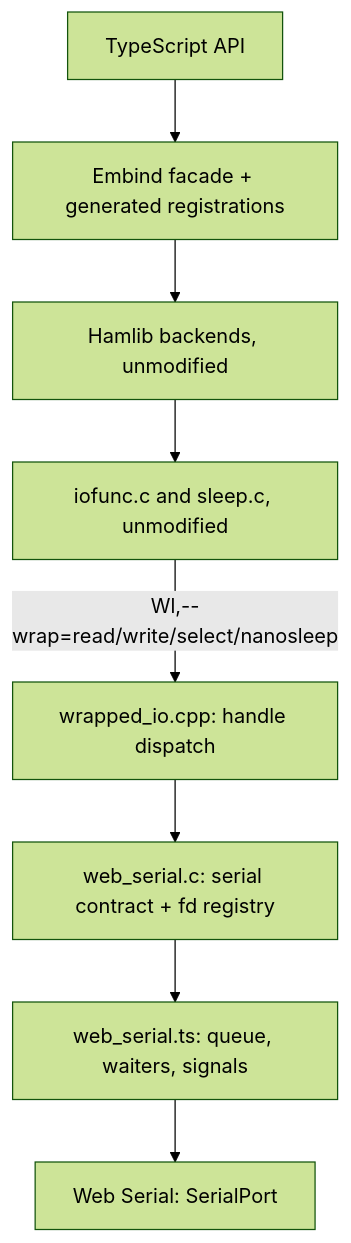
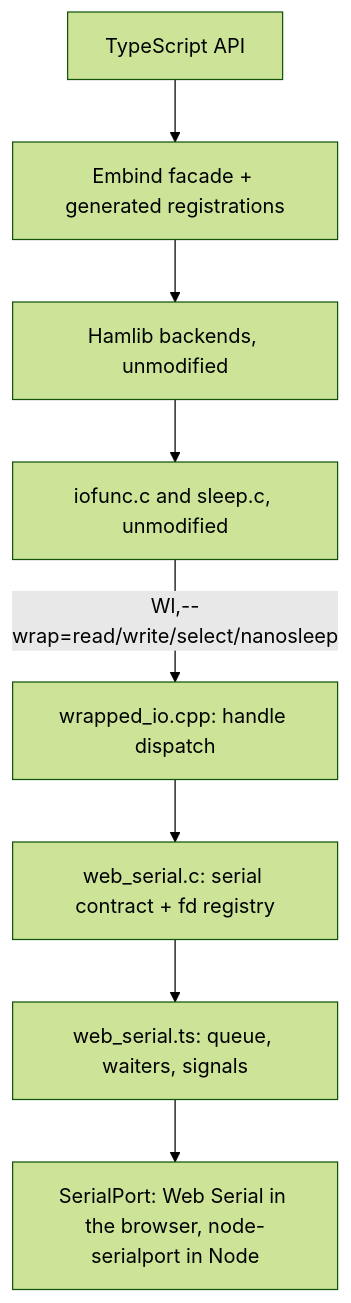
One commit to sq1kd/hamlib-wasm changed the diagram in README.md. Above: the diagram before and after it, drawn with Mermaid (forest theme). The commit also changed other lines of this file and 146 other files, not shown here.

First line of the commit message:
feat: node-serialport transport and the hamlib-wasm name

````diff
--- a/README.md
+++ b/README.md
@@ -134,10 +146,10 @@
 ```mermaid
 graph TD
   A[TypeScript API] --> B[Embind facade + generated registrations]
   B --> C[Hamlib backends, unmodified]
   C --> D[iofunc.c and sleep.c, unmodified]
   D -->|"Wl,--wrap=read/write/select/nanosleep"| E[wrapped_io.cpp: handle dispatch]
   E --> F[web_serial.c: serial contract + fd registry]
   F --> G[web_serial.ts: queue, waiters, signals]
-  G --> H[Web Serial: SerialPort]
+  G --> H[SerialPort: Web Serial in the browser, node-serialport in Node]
 ```
````
